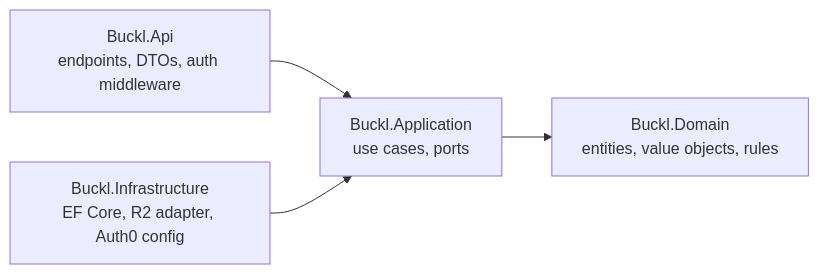
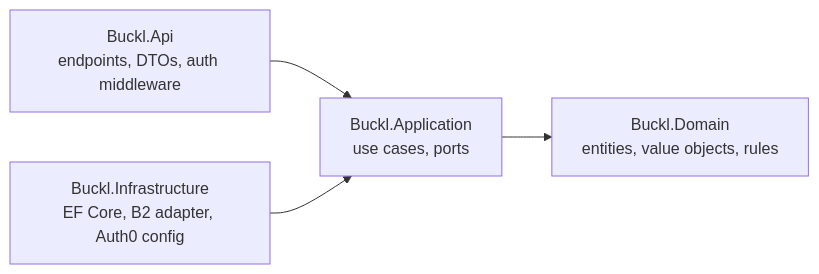
Before and after one commit to NahuelFernandezGalli/Buckl: the third of 3 diagrams in docs/architecture/overview.md, drawn with Mermaid. The commit also changed other lines of this file and 13 other files, not shown here.

````diff
--- a/docs/architecture/overview.md
+++ b/docs/architecture/overview.md
@@ -74,6 +74,6 @@
 ```mermaid
 flowchart LR
     apiLayer["Buckl.Api<br/>endpoints, DTOs, auth middleware"] --> app["Buckl.Application<br/>use cases, ports"]
-    infra["Buckl.Infrastructure<br/>EF Core, R2 adapter, Auth0 config"] --> app
+    infra["Buckl.Infrastructure<br/>EF Core, B2 adapter, Auth0 config"] --> app
     app --> domain["Buckl.Domain<br/>entities, value objects, rules"]
 ```
````
